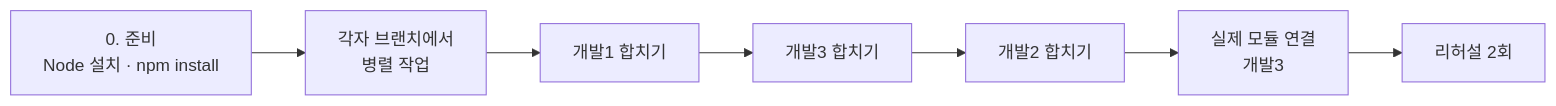
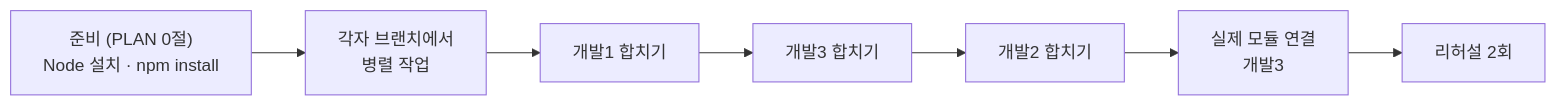
The third of 3 diagrams in OVERVIEW.md (202207048/AWS), drawn with Mermaid before and after one commit. The commit also changed other lines of this file and 6 other files, not shown here.

````diff
--- a/OVERVIEW.md
+++ b/OVERVIEW.md
@@ -71,9 +71,9 @@
 ```mermaid
 flowchart LR
-    S[0. 준비<br/>Node 설치 · npm install] --> P[각자 브랜치에서<br/>병렬 작업]
+    S["준비 (PLAN 0절)<br/>Node 설치 · npm install"] --> P[각자 브랜치에서<br/>병렬 작업]
     P --> M1[개발1 합치기]
     M1 --> M3[개발3 합치기]
     M3 --> M2[개발2 합치기]
     M2 --> I[실제 모듈 연결<br/>개발3]
     I --> D[리허설 2회]
 ```
````
